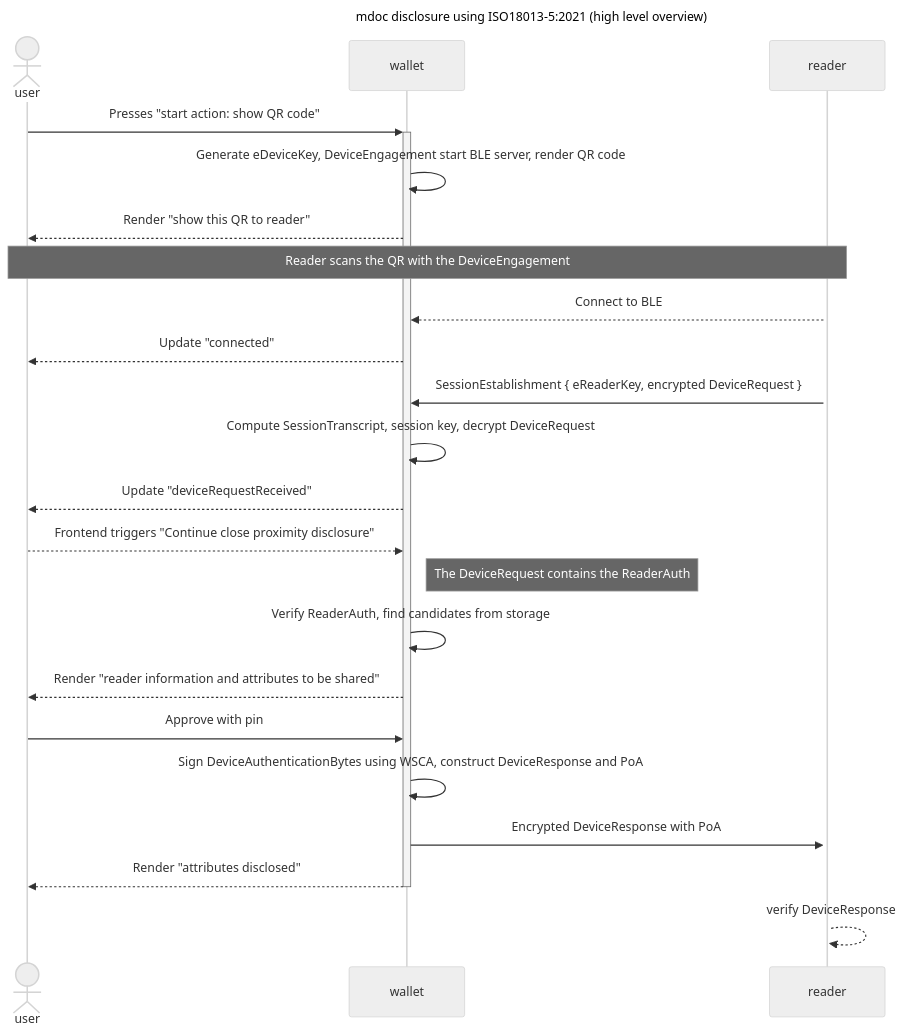
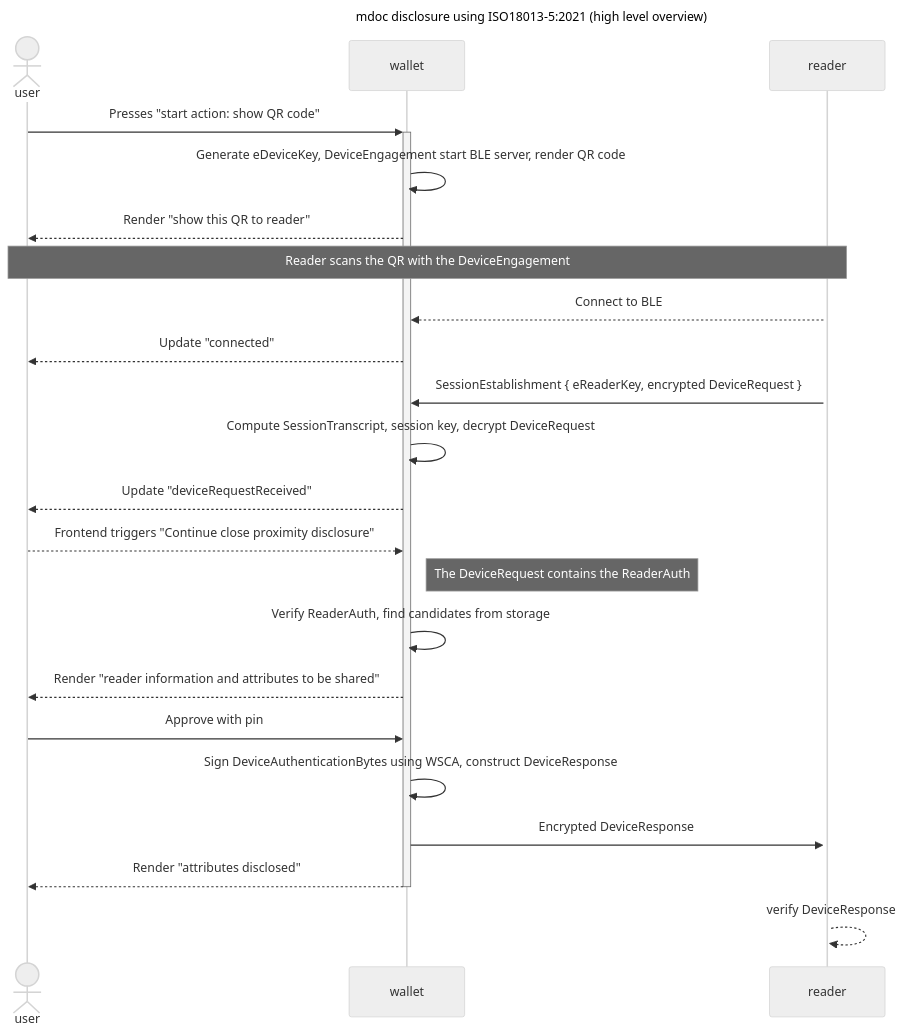
One commit to MinBZK/nl-wallet changed the first of 2 diagrams in wallet_docs/architecture/use-cases/close-proximity-disclosure.md. Above: the diagram before and after it, drawn with Mermaid (neutral theme). The commit also changed other lines of this file and 59 other files, not shown here.

````diff
--- a/wallet_docs/architecture/use-cases/close-proximity-disclosure.md
+++ b/wallet_docs/architecture/use-cases/close-proximity-disclosure.md
@@ -8,44 +8,44 @@
 ```{mermaid}
 sequenceDiagram
     %% Force ordering by explicitly setting up participants
     actor user
     participant wallet
     participant reader
 
     title mdoc disclosure using ISO18013-5:2021 (high level overview)
 
     user->>+wallet: Presses "start action: show QR code"
 
     wallet->>wallet: Generate eDeviceKey, DeviceEngagement start BLE server, render QR code
 
     wallet-->>user: Render "show this QR to reader"
 
     activate reader
     Note over user, reader: Reader scans the QR with the DeviceEngagement
 
     reader-->>wallet: Connect to BLE
     wallet-->>user: Update "connected"
 
     reader->>wallet: SessionEstablishment { eReaderKey, encrypted DeviceRequest }
 
     wallet->>wallet: Compute SessionTranscript, session key, decrypt DeviceRequest
 
     wallet-->>user: Update "deviceRequestReceived"
 
     user-->>wallet: Frontend triggers "Continue close proximity disclosure"
 
     Note right of wallet: The DeviceRequest contains the ReaderAuth
 
     wallet->>wallet: Verify ReaderAuth, find candidates from storage
 
     wallet-->>user: Render "reader information and attributes to be shared"
 
     user->>wallet: Approve with pin
 
-    wallet->>wallet: Sign DeviceAuthenticationBytes using WSCA, construct DeviceResponse and PoA
+    wallet->>wallet: Sign DeviceAuthenticationBytes using WSCA, construct DeviceResponse
 
-    wallet->>reader: Encrypted DeviceResponse with PoA
+    wallet->>reader: Encrypted DeviceResponse
     wallet-->>-user: Render "attributes disclosed"
 
     reader-->>reader: verify DeviceResponse
 ```
````
